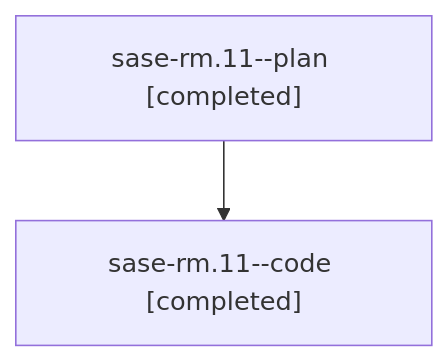
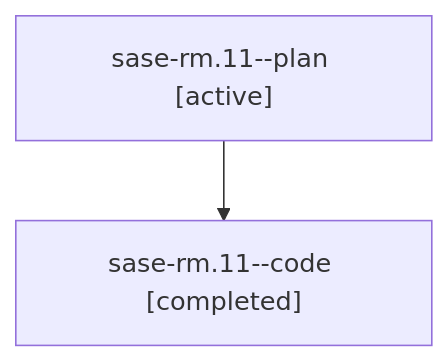
One commit to sase-org/sase--agents changed the diagram in families/bbugyi200.athena.sase-rm.11.md. Above: the diagram before and after it, drawn with Mermaid. The commit also changed other lines of this file and 35830 other files, not shown here.

````diff
--- a/families/bbugyi200.athena.sase-rm.11.md
+++ b/families/bbugyi200.athena.sase-rm.11.md
@@ -9,6 +9,6 @@
 ```mermaid
 flowchart TD
-  n0["sase-rm.11--plan [completed]"]
+  n0["sase-rm.11--plan [active]"]
   n1["sase-rm.11--code [completed]"]
   n0 --> n1
 ```
````
